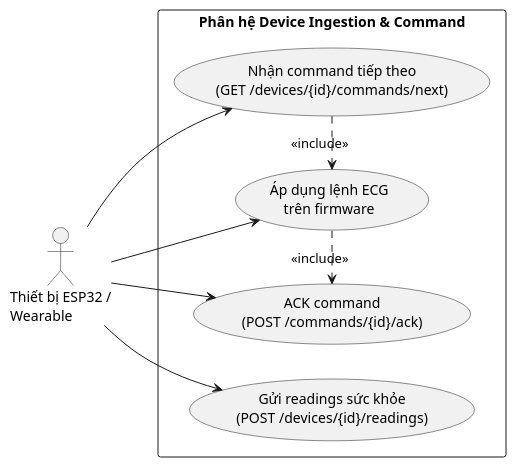
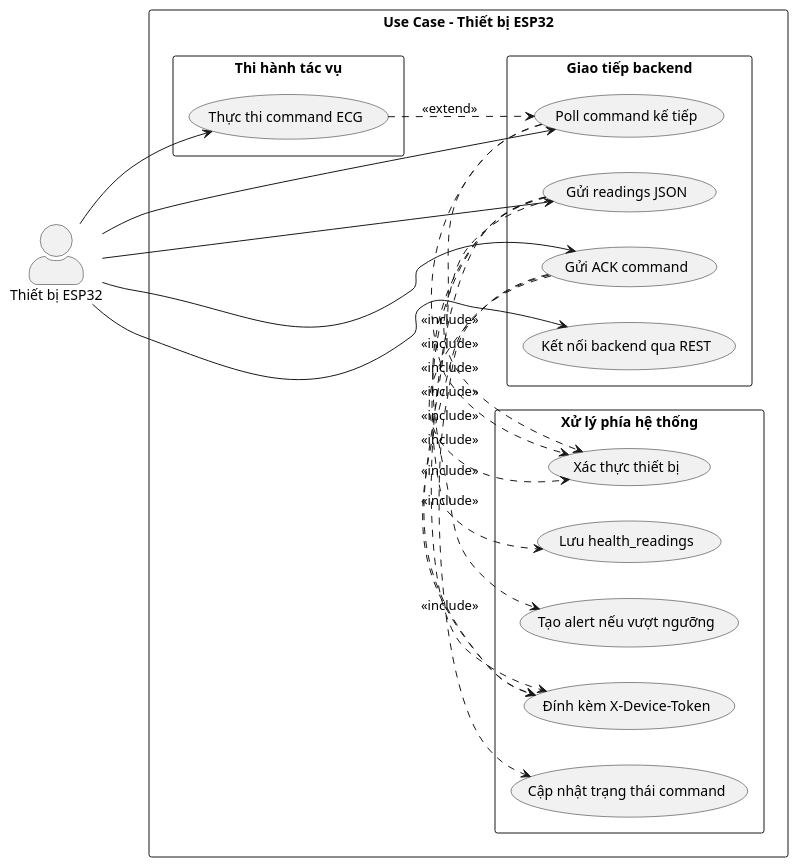
Before and after one commit to THANHTAI2004/223209_DANGTHANHTAI: the fifth of 6 diagrams in README.md, drawn with PlantUML. The commit also changed other lines of this file, not shown here.

````diff
--- a/README.md
+++ b/README.md
@@ -274,23 +408,52 @@
 ```plantuml
 @startuml
 left to right direction
+skinparam shadowing false
 skinparam packageStyle rectangle
+skinparam actorStyle awesome
 
-actor "Thiết bị ESP32 /\nWearable" as ESP
+actor "Thiết bị ESP32" as ESP
 
-rectangle "Phân hệ Device Ingestion & Command" {
-  usecase "Gửi readings sức khỏe\n(POST /devices/{id}/readings)" as UC_Ingest
-  usecase "Nhận command tiếp theo\n(GET /devices/{id}/commands/next)" as UC_Next
-  usecase "ACK command\n(POST /commands/{id}/ack)" as UC_Ack
-  usecase "Áp dụng lệnh ECG\ntrên firmware" as UC_Apply
+rectangle "Use Case - Thiết bị ESP32" {
+
+  package "Giao tiếp backend" {
+    usecase "Kết nối backend qua REST" as E_Connect
+    usecase "Gửi readings JSON" as E_SendReadings
+    usecase "Poll command kế tiếp" as E_PollCommand
+    usecase "Gửi ACK command" as E_AckCommand
+  }
+
+  package "Thi hành tác vụ" {
+    usecase "Thực thi command ECG" as E_RunECG
+  }
+
+  package "Xử lý phía hệ thống" {
+    usecase "Đính kèm X-Device-Token" as E_AttachToken
+    usecase "Xác thực thiết bị" as E_DeviceAuth
+    usecase "Lưu health_readings" as E_StoreReadings
+    usecase "Tạo alert nếu vượt ngưỡng" as E_CreateAlert
+    usecase "Cập nhật trạng thái command" as E_UpdateCommand
+  }
 }
 
-ESP --> UC_Ingest
-ESP --> UC_Next
-ESP --> UC_Ack
-ESP --> UC_Apply
+ESP --> E_Connect
+ESP --> E_SendReadings
+ESP --> E_PollCommand
+ESP --> E_AckCommand
+ESP --> E_RunECG
 
-UC_Next .> UC_Apply : <<include>>
-UC_Apply .> UC_Ack : <<include>>
+E_SendReadings .> E_AttachToken : <<include>>
+E_SendReadings .> E_DeviceAuth : <<include>>
+E_SendReadings .> E_StoreReadings : <<include>>
+E_SendReadings .> E_CreateAlert : <<include>>
+
+E_PollCommand .> E_AttachToken : <<include>>
+E_PollCommand .> E_DeviceAuth : <<include>>
+E_RunECG ..> E_PollCommand : <<extend>>
+
+E_AckCommand .> E_AttachToken : <<include>>
+E_AckCommand .> E_DeviceAuth : <<include>>
+E_AckCommand .> E_UpdateCommand : <<include>>
+
 @enduml
 ```
````
